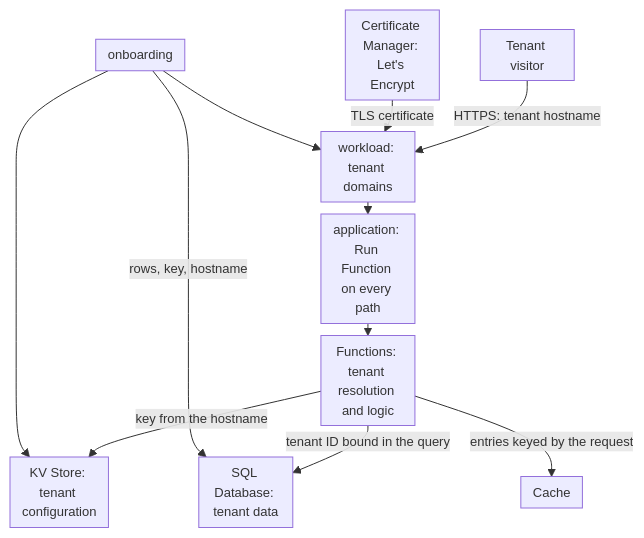
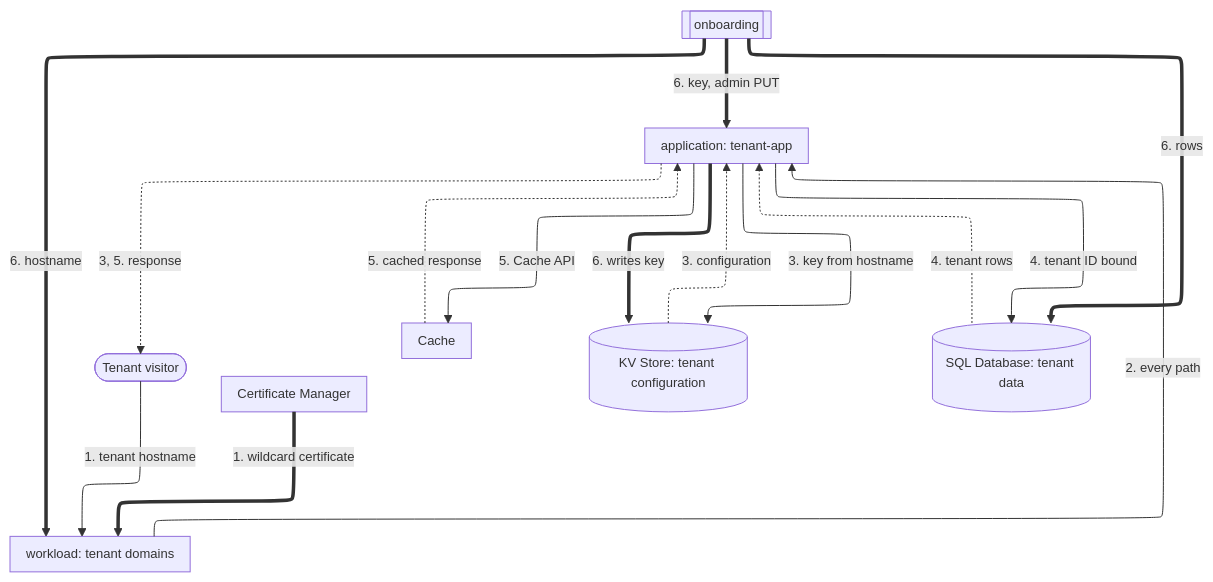
The diagram in apps/docs/src/content/docs/en/pages/use-cases/build-and-run-applications/run-multi-tenant-saas-applications.mdx (aziontech/docs), drawn with Mermaid before and after one commit. The commit also changed other lines of this file and 55 other files, not shown here.

Commit message:
docs(use-cases): redraw the use-case diagrams with the way back and check their claims (#2509)

````diff
--- a/apps/docs/src/content/docs/en/pages/use-cases/build-and-run-applications/run-multi-tenant-saas-applications.mdx
+++ b/apps/docs/src/content/docs/en/pages/use-cases/build-and-run-applications/run-multi-tenant-saas-applications.mdx
@@ -43,14 +45,26 @@
 ```mermaid
-%%{init: {"layout": "dagre", "themeVariables": {"fontSize": "13px"}, "flowchart": {"nodeSpacing": 12, "rankSpacing": 12, "padding": 6, "wrappingWidth": 70, "minNodeWidth": 40, "useMaxWidth": true}}}%%
+%%{init: {"layout": "elk", "elk": {"preset": "modelOrder", "keepEntryNodeOnTop": true, "cycleBreakingStrategy": "MODEL_ORDER"}, "themeVariables": {"fontSize": "13px"}, "flowchart": {"nodeSpacing": 24, "rankSpacing": 36, "padding": 8, "wrappingWidth": 150, "useMaxWidth": true}, "sequence": {"width": 120, "actorMargin": 30, "useMaxWidth": true}}}%%
 flowchart TD
-  Visitor["Tenant visitor"] -->|"HTTPS: tenant hostname"| Workload["workload: tenant domains"]
-  Cert["Certificate Manager: Let's Encrypt"] -->|"TLS certificate"| Workload
-  Workload --> App["application: Run Function on every path"]
-  App --> Fn["Functions: tenant resolution and logic"]
-  Fn -->|"key from the hostname"| KV["KV Store: tenant configuration"]
-  Fn -->|"tenant ID bound in the query"| SQL["SQL Database: tenant data"]
-  Fn -->|"entries keyed by the request"| Cache["Cache"]
-  Ops["onboarding"] -->|"rows, key, hostname"| SQL
-  Ops --> KV
-  Ops --> Workload
+  Visitor(["Tenant visitor"])
+  Cert["Certificate Manager"]
+  Ops[["onboarding"]]
+  Workload["workload: tenant domains"]
+  App["application: tenant-app"]
+  Cache["Cache"]
+  KV[("KV Store: tenant configuration")]
+  SQL[("SQL Database: tenant data")]
+  Visitor -->|"1. tenant hostname"| Workload
+  Workload -->|"2. every path"| App
+  App -->|"3. key from hostname"| KV
+  App -->|"4. tenant ID bound"| SQL
+  App -->|"5. Cache API"| Cache
+  KV -.->|"3. configuration"| App
+  SQL -.->|"4. tenant rows"| App
+  Cache -.->|"5. cached response"| App
+  App -.->|"3, 5. response"| Visitor
+  Cert ==>|"1. wildcard certificate"| Workload
+  Ops ==>|"6. rows"| SQL
+  Ops ==>|"6. key, admin PUT"| App
+  App ==>|"6. writes key"| KV
+  Ops ==>|"6. hostname"| Workload
 ```
````
